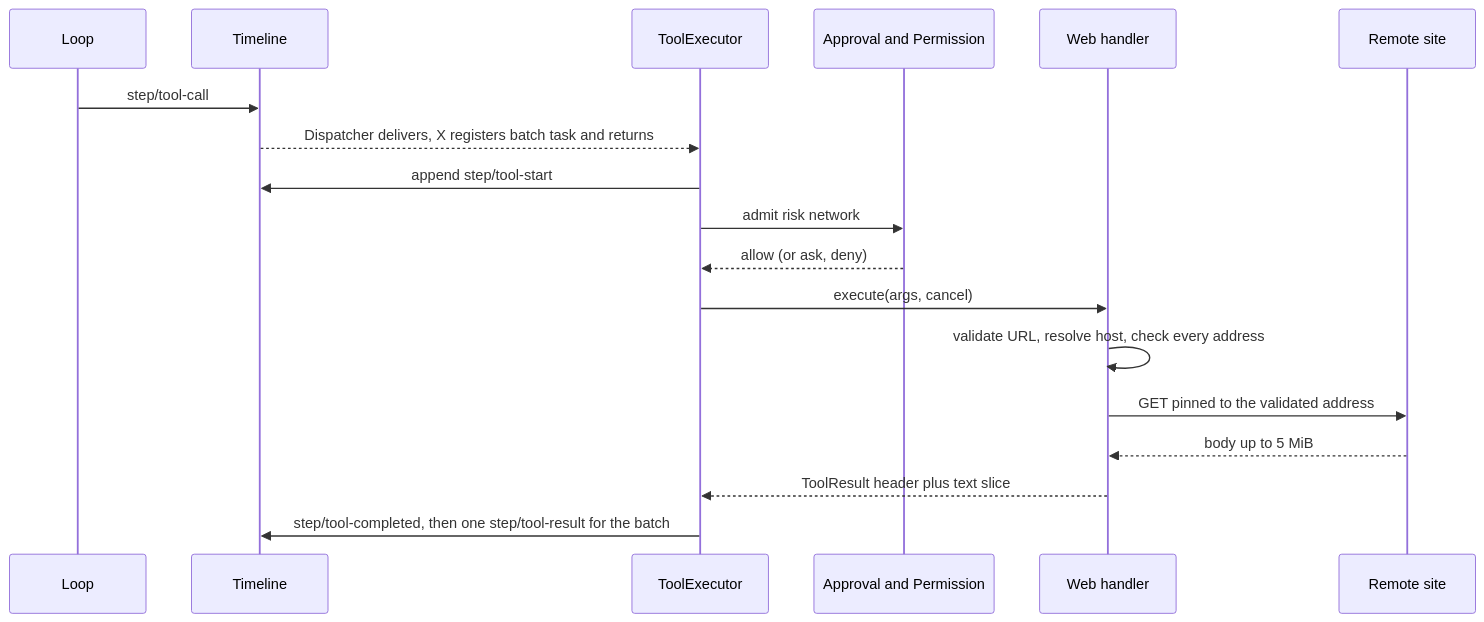
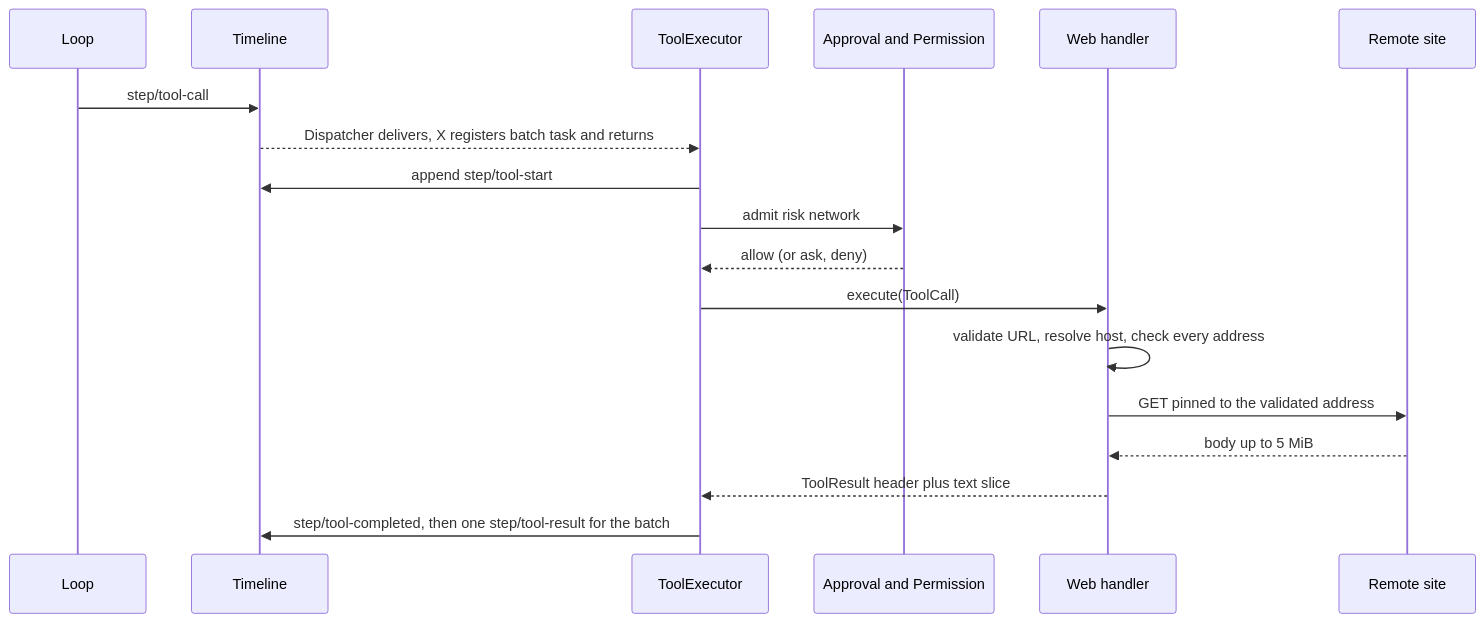
Before and after one commit to CoutinhoTTS/dim-agent: the third of 5 diagrams in docs/design/plugins/Web.md, drawn with Mermaid. The commit also changed other lines of this file and 3 other files, not shown here.

````diff
--- a/docs/design/plugins/Web.md
+++ b/docs/design/plugins/Web.md
@@ -64,20 +64,20 @@
 ```mermaid
 sequenceDiagram
   participant L as Loop
   participant TL as Timeline
   participant X as ToolExecutor
   participant A as Approval and Permission
   participant W as Web handler
   participant N as Remote site
   L->>TL: step/tool-call
   TL-->>X: Dispatcher delivers, X registers batch task and returns
   X->>TL: append step/tool-start
   X->>A: admit risk network
   A-->>X: allow (or ask, deny)
-  X->>W: execute(args, cancel)
+  X->>W: execute(ToolCall)
   W->>W: validate URL, resolve host, check every address
   W->>N: GET pinned to the validated address
   N-->>W: body up to 5 MiB
   W-->>X: ToolResult header plus text slice
   X->>TL: step/tool-completed, then one step/tool-result for the batch
 ```
````
